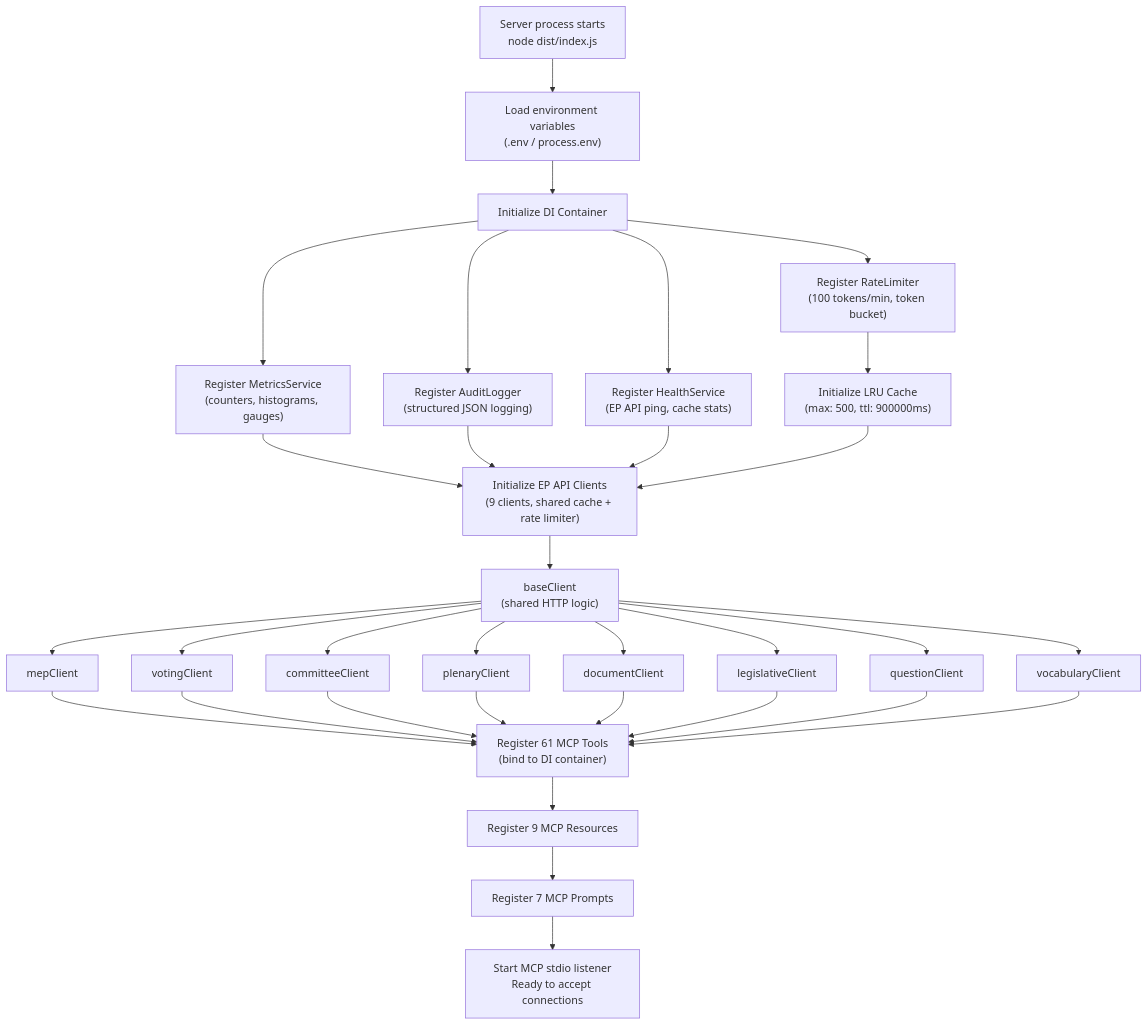
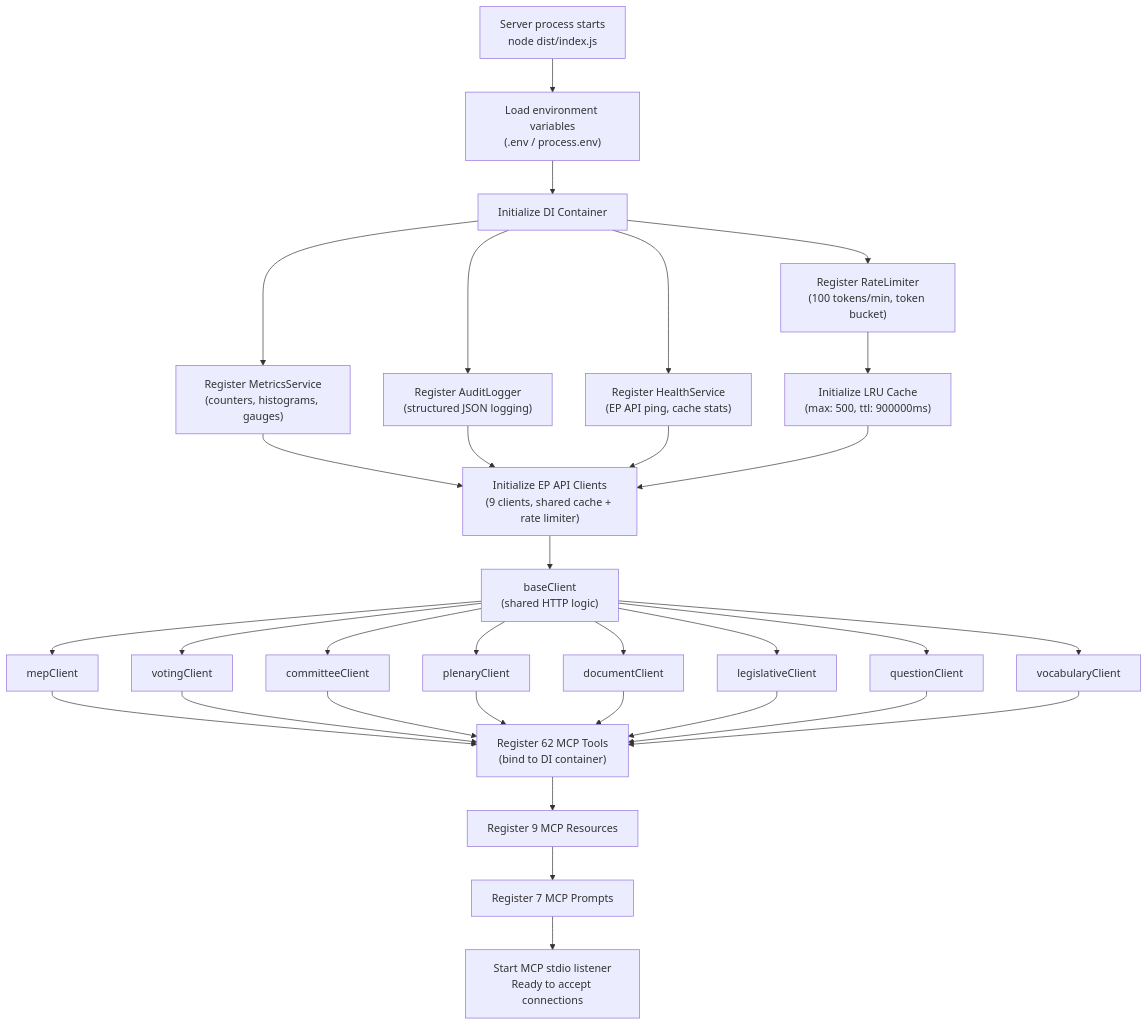
The fourth of 9 diagrams in FLOWCHART.md (Hack23/European-Parliament-MCP-Server), drawn with Mermaid before and after one commit. The commit also changed 55 other files, not shown here.

````diff
--- a/FLOWCHART.md
+++ b/FLOWCHART.md
@@ -150,34 +150,34 @@
 ```mermaid
 flowchart TD
     START["Server process starts\nnode dist/index.js"] --> ENV["Load environment variables\n(.env / process.env)"]
     ENV --> DI["Initialize DI Container"]
     DI --> RL_INIT["Register RateLimiter\n(100 tokens/min, token bucket)"]
     DI --> MS_INIT["Register MetricsService\n(counters, histograms, gauges)"]
     DI --> AL_INIT["Register AuditLogger\n(structured JSON logging)"]
     DI --> HS_INIT["Register HealthService\n(EP API ping, cache stats)"]
     RL_INIT --> CACHE_INIT["Initialize LRU Cache\n(max: 500, ttl: 900000ms)"]
     MS_INIT --> CLIENTS["Initialize EP API Clients\n(9 clients, shared cache + rate limiter)"]
     AL_INIT --> CLIENTS
     HS_INIT --> CLIENTS
     CACHE_INIT --> CLIENTS
     CLIENTS --> BC["baseClient\n(shared HTTP logic)"]
     BC --> MC["mepClient"]
     BC --> VC["votingClient"]
     BC --> CC["committeeClient"]
     BC --> PC["plenaryClient"]
     BC --> DC["documentClient"]
     BC --> LC["legislativeClient"]
     BC --> QC["questionClient"]
     BC --> VCC["vocabularyClient"]
-    MC --> TOOLS["Register 61 MCP Tools\n(bind to DI container)"]
+    MC --> TOOLS["Register 62 MCP Tools\n(bind to DI container)"]
     VC --> TOOLS
     CC --> TOOLS
     PC --> TOOLS
     DC --> TOOLS
     LC --> TOOLS
     QC --> TOOLS
     VCC --> TOOLS
     TOOLS --> RES["Register 9 MCP Resources"]
     RES --> PROMPTS["Register 7 MCP Prompts"]
     PROMPTS --> LISTEN["Start MCP stdio listener\nReady to accept connections"]
 ```
````
